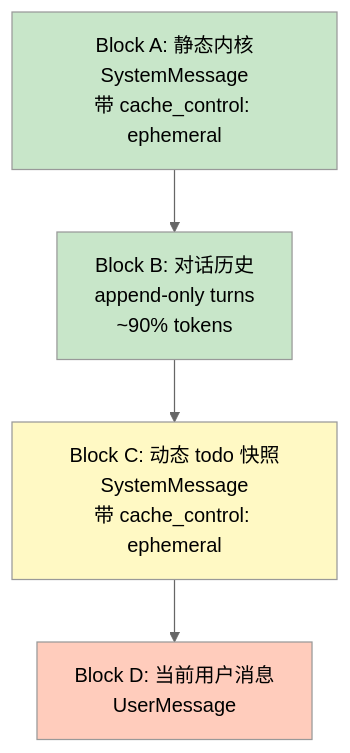
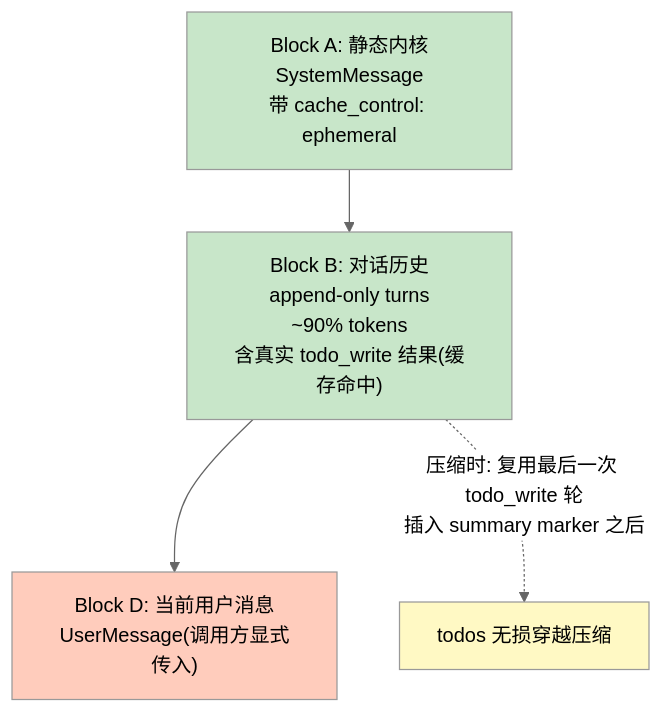
Before and after one commit to tranxon/ACowork: the first of 2 diagrams in docs/adr/zh/ADR-060-prompt-cache-friendly-context-block-reorg.md, drawn with Mermaid (neutral theme). The commit also changed other lines of this file and 223 other files, not shown here.

````diff
--- a/docs/adr/zh/ADR-060-prompt-cache-friendly-context-block-reorg.md
+++ b/docs/adr/zh/ADR-060-prompt-cache-friendly-context-block-reorg.md
@@ -211,11 +224,11 @@
 ```mermaid
 graph TD
-    A["Block A: 静态内核<br/>SystemMessage<br/>带 cache_control: ephemeral"] --> B["Block B: 对话历史<br/>append-only turns<br/>~90% tokens"]
-    B --> C["Block C: 动态 todo 快照<br/>SystemMessage<br/>带 cache_control: ephemeral"]
-    C --> D["Block D: 当前用户消息<br/>UserMessage"]
+    A["Block A: 静态内核<br/>SystemMessage<br/>带 cache_control: ephemeral"] --> B["Block B: 对话历史<br/>append-only turns<br/>~90% tokens<br/>含真实 todo_write 结果(缓存命中)"]
+    B --> D["Block D: 当前用户消息<br/>UserMessage(调用方显式传入)"]
+    B -. "压缩时: 复用最后一次 todo_write 轮<br/>插入 summary marker 之后" .-> T["todos 无损穿越压缩"]
 
     style A fill:#c8e6c9
     style B fill:#c8e6c9
-    style C fill:#fff9c4
     style D fill:#ffccbc
+    style T fill:#fff9c4
 ```
````
